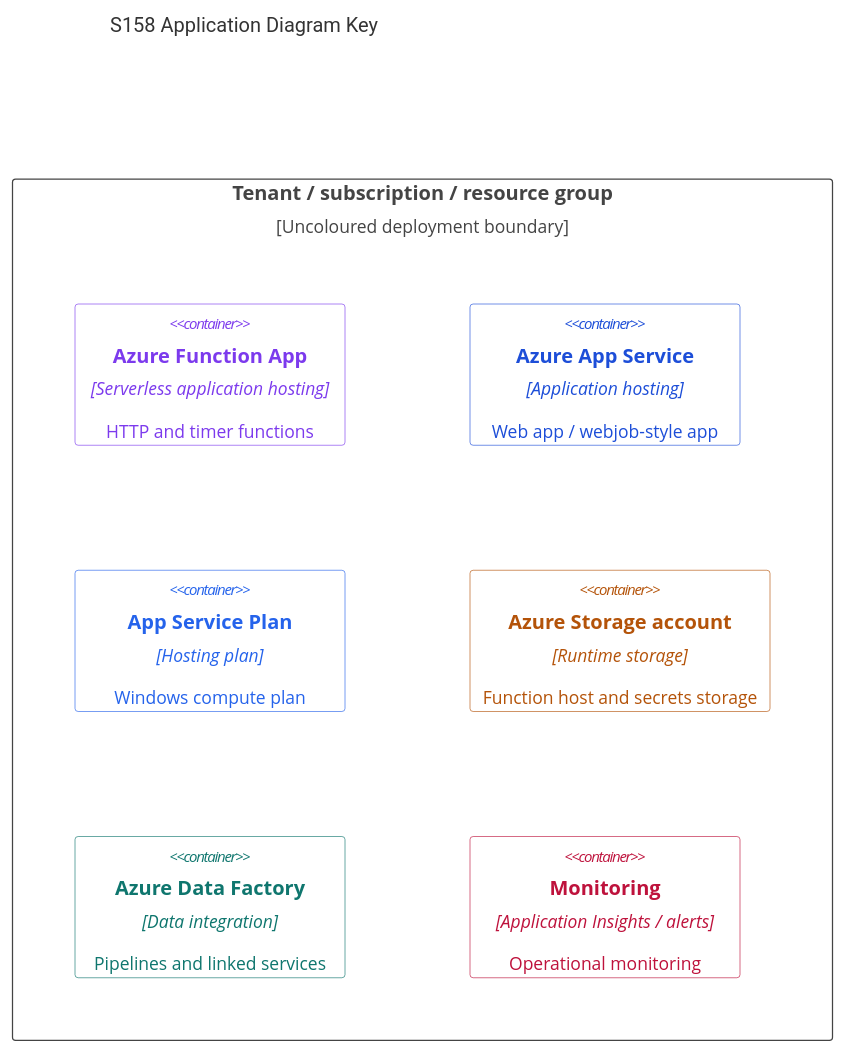
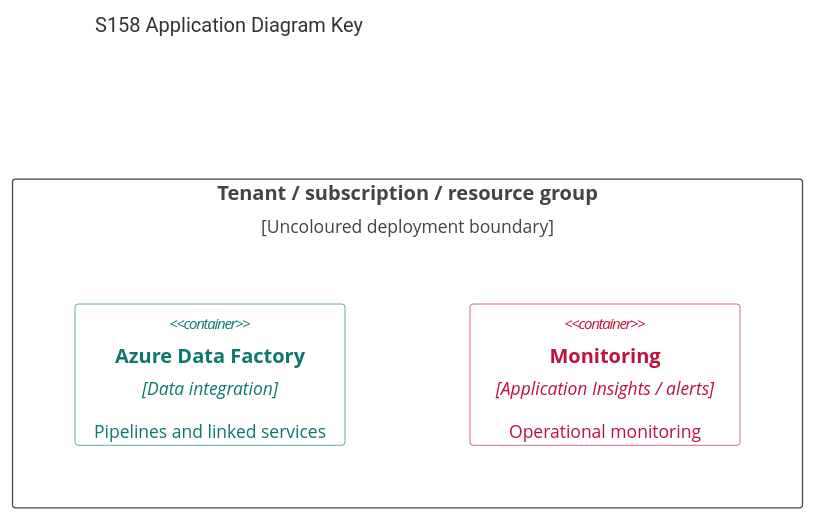
One commit to DFE-Digital/get-information-about-schools changed the seventh of 10 diagrams in documentation/operations/deployment-architecture.md. Above: the diagram before and after it, drawn with Mermaid. The commit also changed other lines of this file and 1 other file, not shown here.

````diff
--- a/documentation/operations/deployment-architecture.md
+++ b/documentation/operations/deployment-architecture.md
@@ -422,24 +421,16 @@
 ```mermaid
 %%{init: {'theme': 'base', 'themeVariables': { 'primaryColor': '#ffffff', 'secondaryColor': '#ffffff', 'tertiaryColor': '#ffffff', 'lineColor': '#334155', 'fontFamily': 'Segoe UI, Arial, sans-serif'}, 'themeCSS': 'rect, path { stroke-width: 2.5px; } .relationshipLine { stroke-width: 2px; }'}}%%
 C4Deployment
 
     title S158 Application Diagram Key
 
     UpdateLayoutConfig($c4ShapeInRow="6", $c4BoundaryInRow="3")
 
     Deployment_Node(keyBoundary, "Tenant / subscription / resource group", "Uncoloured deployment boundary") {
-        Container(functionKey, "Azure Function App", "Serverless application hosting", "HTTP and timer functions")
-        Container(appServiceKey, "Azure App Service", "Application hosting", "Web app / webjob-style app")
-        Container(planKey, "App Service Plan", "Hosting plan", "Windows compute plan")
-        Container(storageKey, "Azure Storage account", "Runtime storage", "Function host and secrets storage")
         Container(dataFactoryKey, "Azure Data Factory", "Data integration", "Pipelines and linked services")
         Container(monitoringKey, "Monitoring", "Application Insights / alerts", "Operational monitoring")
     }
 
-    UpdateElementStyle(functionKey, $bgColor="#ffffff", $fontColor="#7c3aed", $borderColor="#7c3aed")
-    UpdateElementStyle(appServiceKey, $bgColor="#ffffff", $fontColor="#1d4ed8", $borderColor="#1d4ed8")
-    UpdateElementStyle(planKey, $bgColor="#ffffff", $fontColor="#2563eb", $borderColor="#2563eb")
-    UpdateElementStyle(storageKey, $bgColor="#ffffff", $fontColor="#b45309", $borderColor="#b45309")
     UpdateElementStyle(dataFactoryKey, $bgColor="#ffffff", $fontColor="#0f766e", $borderColor="#0f766e")
     UpdateElementStyle(monitoringKey, $bgColor="#ffffff", $fontColor="#be123c", $borderColor="#be123c")
 ```
````
